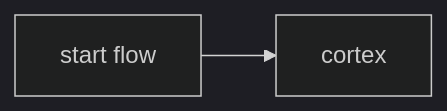
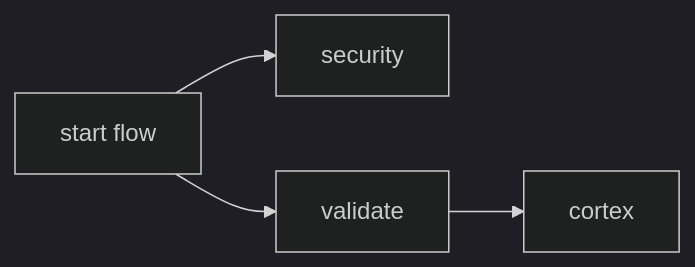
The first of 2 diagrams in .github/workflows/docs/frontend/frontend_runtime_deploy.md (JupiterOne/.github), drawn with Mermaid (dark theme) before and after one commit. The commit also changed other lines of this file and 21 other files, not shown here.

````diff
--- a/.github/workflows/docs/frontend/frontend_runtime_deploy.md
+++ b/.github/workflows/docs/frontend/frontend_runtime_deploy.md
@@ -45,7 +44,10 @@
 ```mermaid
 graph LR;
     A[start flow];
-    B[cortex];
+    B[security];
+    C[validate];
+    D[cortex];
 
     A --> B;
+    A --> C --> D;
 ```
````
